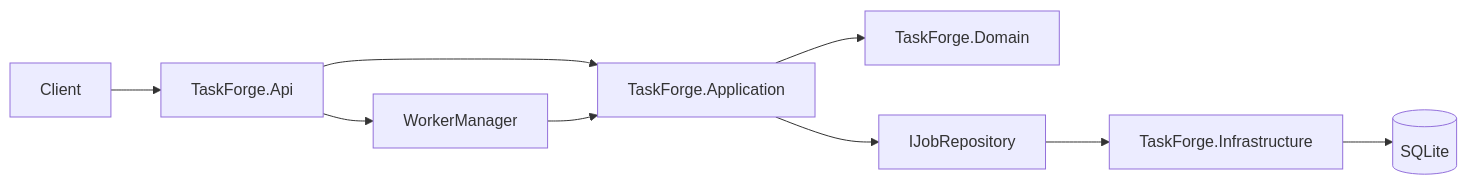
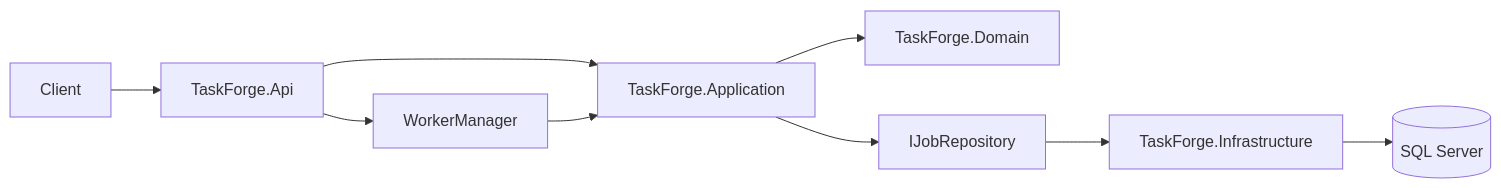
The diagram in README.md (Arvence/TaskForge), drawn with Mermaid before and after one commit. The commit also changed other lines of this file and 1 other file, not shown here.

````diff
--- a/README.md
+++ b/README.md
@@ -27,11 +28,11 @@
 ```mermaid
 flowchart LR
     Client --> API[TaskForge.Api]
     API --> App[TaskForge.Application]
     API --> WorkerManager
     WorkerManager --> App
     App --> Domain[TaskForge.Domain]
     App --> Repository[IJobRepository]
     Repository --> Infrastructure[TaskForge.Infrastructure]
-    Infrastructure --> DB[(SQLite)]
+    Infrastructure --> DB[(SQL Server)]
 ```
````
